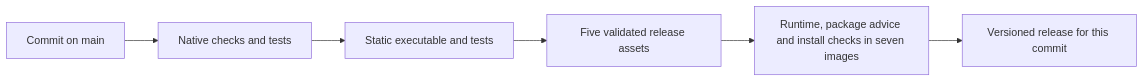
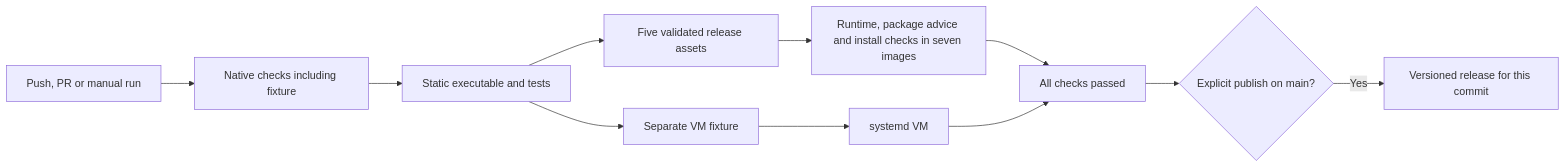
The diagram in docs/development/maintenance.md (ishad0w/minibookx-ctl), drawn with Mermaid before and after one commit. The commit also changed other lines of this file and 31 other files, not shown here.

````diff
--- a/docs/development/maintenance.md
+++ b/docs/development/maintenance.md
@@ -222,8 +229,13 @@
 ```mermaid
 flowchart LR
-    C[Commit on main] --> T[Native checks and tests]
+    C[Push, PR or manual run] --> T[Native checks including fixture]
     T --> B[Static executable and tests]
     B --> P[Five validated release assets]
+    B --> F[Separate VM fixture]
     P --> D[Runtime, package advice and install checks in seven images]
-    D --> R[Versioned release for this commit]
+    F --> V[systemd VM]
+    D --> G[All checks passed]
+    V --> G
+    G --> M{Explicit publish on main?}
+    M -->|Yes| R[Versioned release for this commit]
 ```
````
